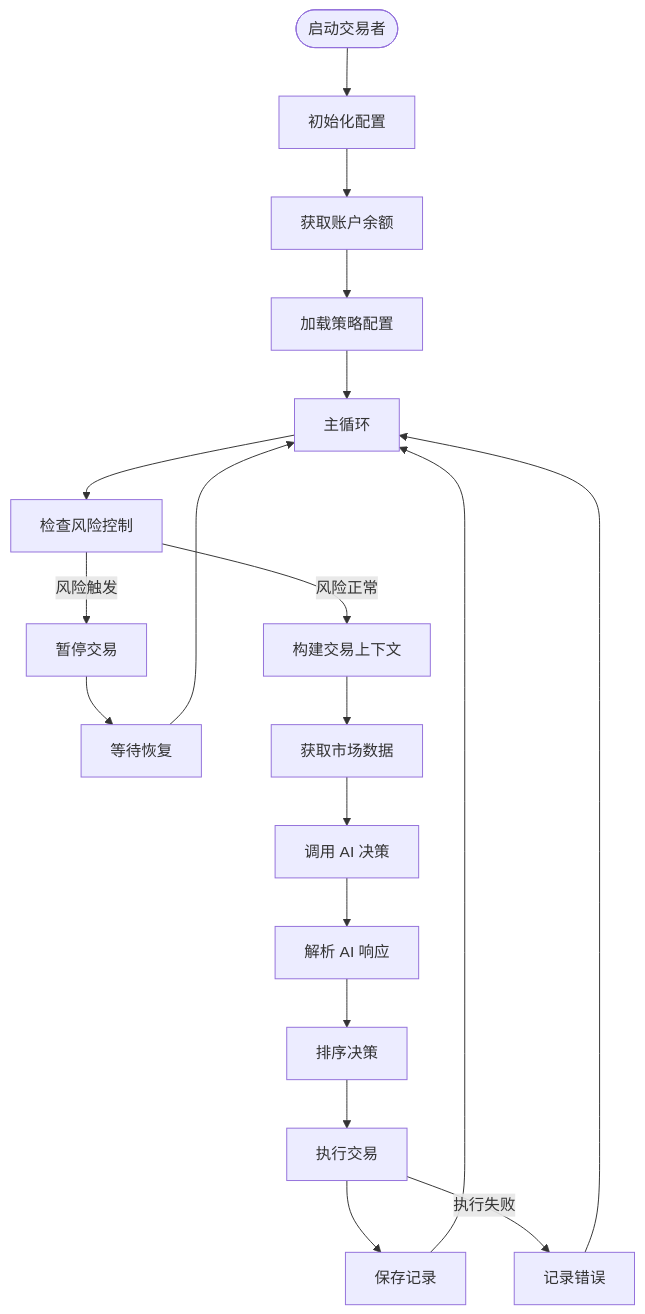
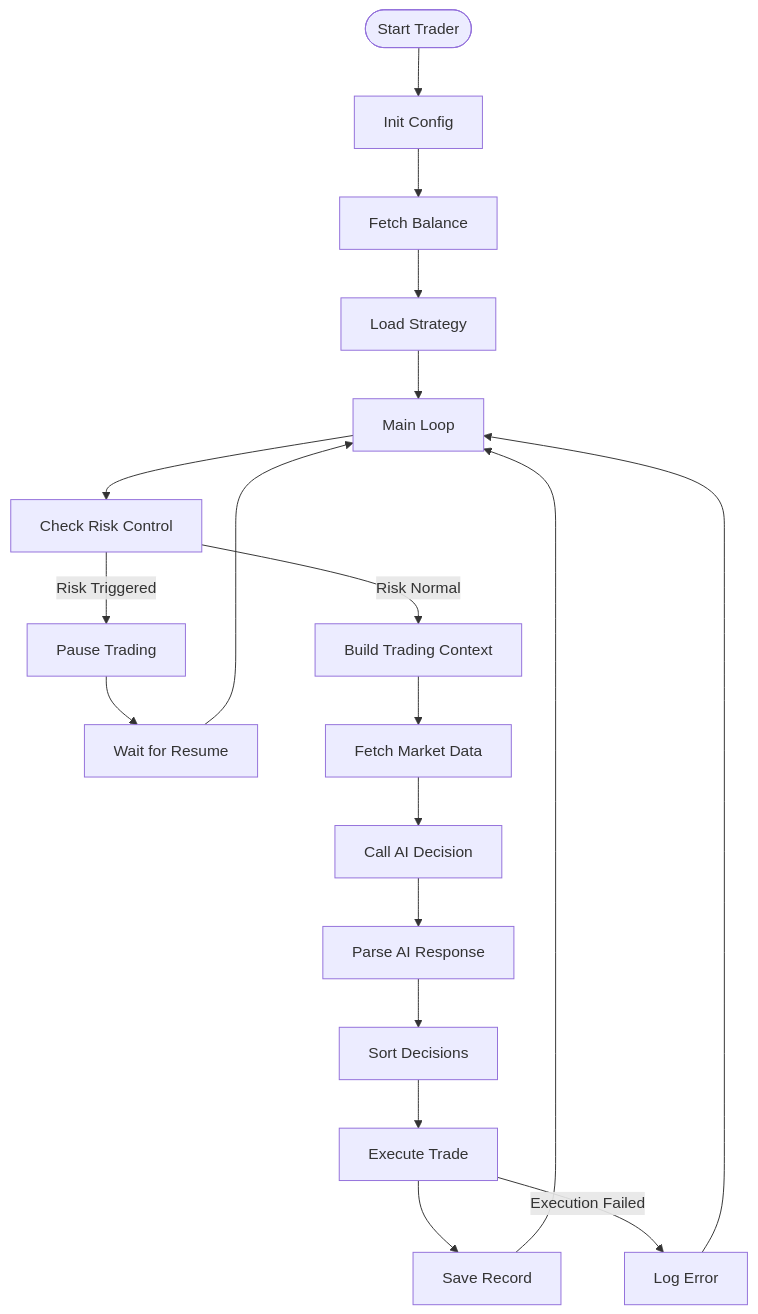
The third of 11 diagrams in docs/improve/kilo-code/NOFX-技术分析报告.md (zcxGGmu/DeepAlpha), drawn with Mermaid before and after one commit. The commit also changed other lines of this file, not shown here.

Commit message:
fix: 修复 Mermaid 图表中文标签兼容性问题

````diff
--- a/docs/improve/kilo-code/NOFX-技术分析报告.md
+++ b/docs/improve/kilo-code/NOFX-技术分析报告.md
@@ -334,24 +342,24 @@
 ```mermaid
 flowchart TD
-    Start([启动交易者]) --> Init[初始化配置]
-    Init --> FetchBalance[获取账户余额]
-    FetchBalance --> LoadStrategy[加载策略配置]
-    LoadStrategy --> MainLoop[主循环]
+    Start([Start Trader]) --> Init[Init Config]
+    Init --> FetchBalance[Fetch Balance]
+    FetchBalance --> LoadStrategy[Load Strategy]
+    LoadStrategy --> MainLoop[Main Loop]
     
-    MainLoop --> CheckRisk[检查风险控制]
-    CheckRisk --> |风险触发| Pause[暂停交易]
-    Pause --> Wait[等待恢复]
+    MainLoop --> CheckRisk[Check Risk Control]
+    CheckRisk --> |Risk Triggered| Pause[Pause Trading]
+    Pause --> Wait[Wait for Resume]
     Wait --> MainLoop
     
-    CheckRisk --> |风险正常| BuildContext[构建交易上下文]
-    BuildContext --> FetchMarketData[获取市场数据]
-    FetchMarketData --> CallAI[调用 AI 决策]
-    CallAI --> ParseResponse[解析 AI 响应]
-    ParseResponse --> SortDecisions[排序决策]
-    SortDecisions --> Execute[执行交易]
-    Execute --> SaveRecord[保存记录]
+    CheckRisk --> |Risk Normal| BuildContext[Build Trading Context]
+    BuildContext --> FetchMarketData[Fetch Market Data]
+    FetchMarketData --> CallAI[Call AI Decision]
+    CallAI --> ParseResponse[Parse AI Response]
+    ParseResponse --> SortDecisions[Sort Decisions]
+    SortDecisions --> Execute[Execute Trade]
+    Execute --> SaveRecord[Save Record]
     SaveRecord --> MainLoop
     
-    Execute --> |执行失败| LogError[记录错误]
+    Execute --> |Execution Failed| LogError[Log Error]
     LogError --> MainLoop
 ```
````
